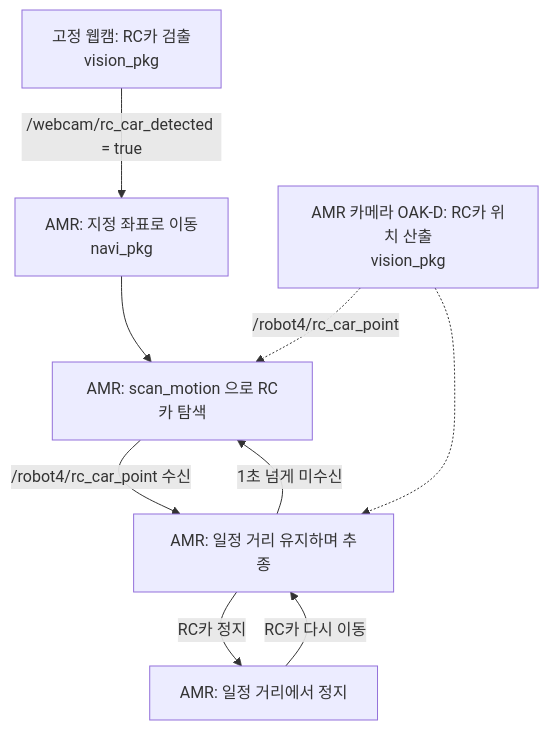
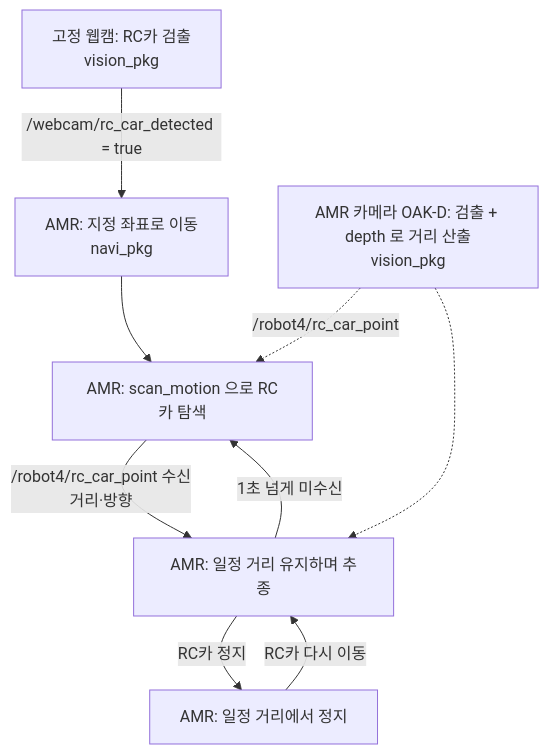
Before and after one commit to lhm3185/b-1_mini_project: the diagram in docs/interfaces.md, drawn with Mermaid. The commit also changed other lines of this file, not shown here.

First line of the commit message:
인터페이스 v0.2: rc_car_point 를 로봇 기준 거리(base_link)로, depth 사용 위치 명시

````diff
--- a/docs/interfaces.md
+++ b/docs/interfaces.md
@@ -8,11 +8,11 @@
 ```mermaid
 flowchart TD
     A[고정 웹캠: RC카 검출<br/>vision_pkg] -->|/webcam/rc_car_detected = true| B[AMR: 지정 좌표로 이동<br/>navi_pkg]
     B --> C[AMR: scan_motion 으로 RC카 탐색]
-    C -->|/robot4/rc_car_point 수신| D[AMR: 일정 거리 유지하며 추종]
+    C -->|/robot4/rc_car_point 수신<br/>거리·방향| D[AMR: 일정 거리 유지하며 추종]
     D -->|RC카 정지| E[AMR: 일정 거리에서 정지]
     E -->|RC카 다시 이동| D
     D -->|1초 넘게 미수신| C
-    F[AMR 카메라 OAK-D: RC카 위치 산출<br/>vision_pkg] -.->|/robot4/rc_car_point| C
+    F[AMR 카메라 OAK-D: 검출 + depth 로 거리 산출<br/>vision_pkg] -.->|/robot4/rc_car_point| C
     F -.-> D
 ```
````
